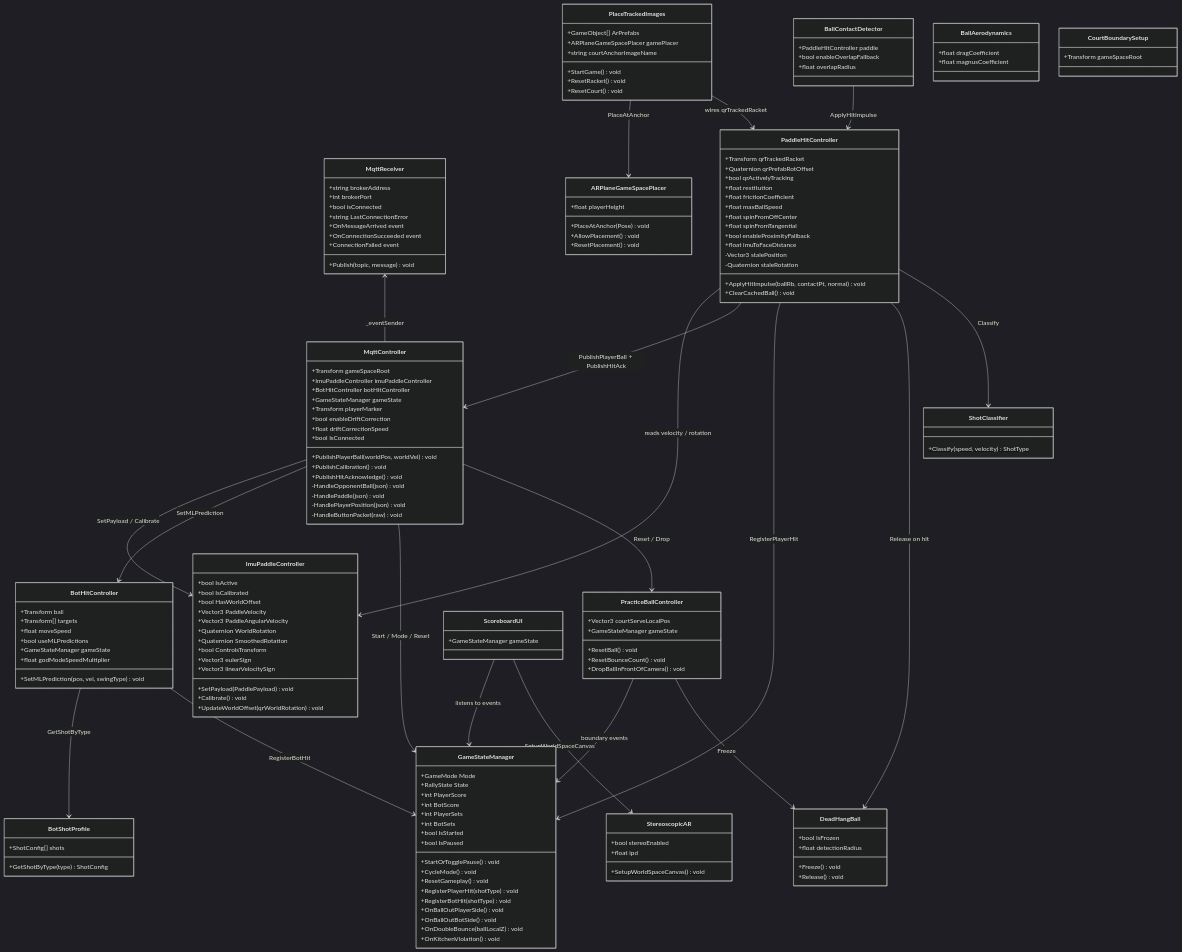
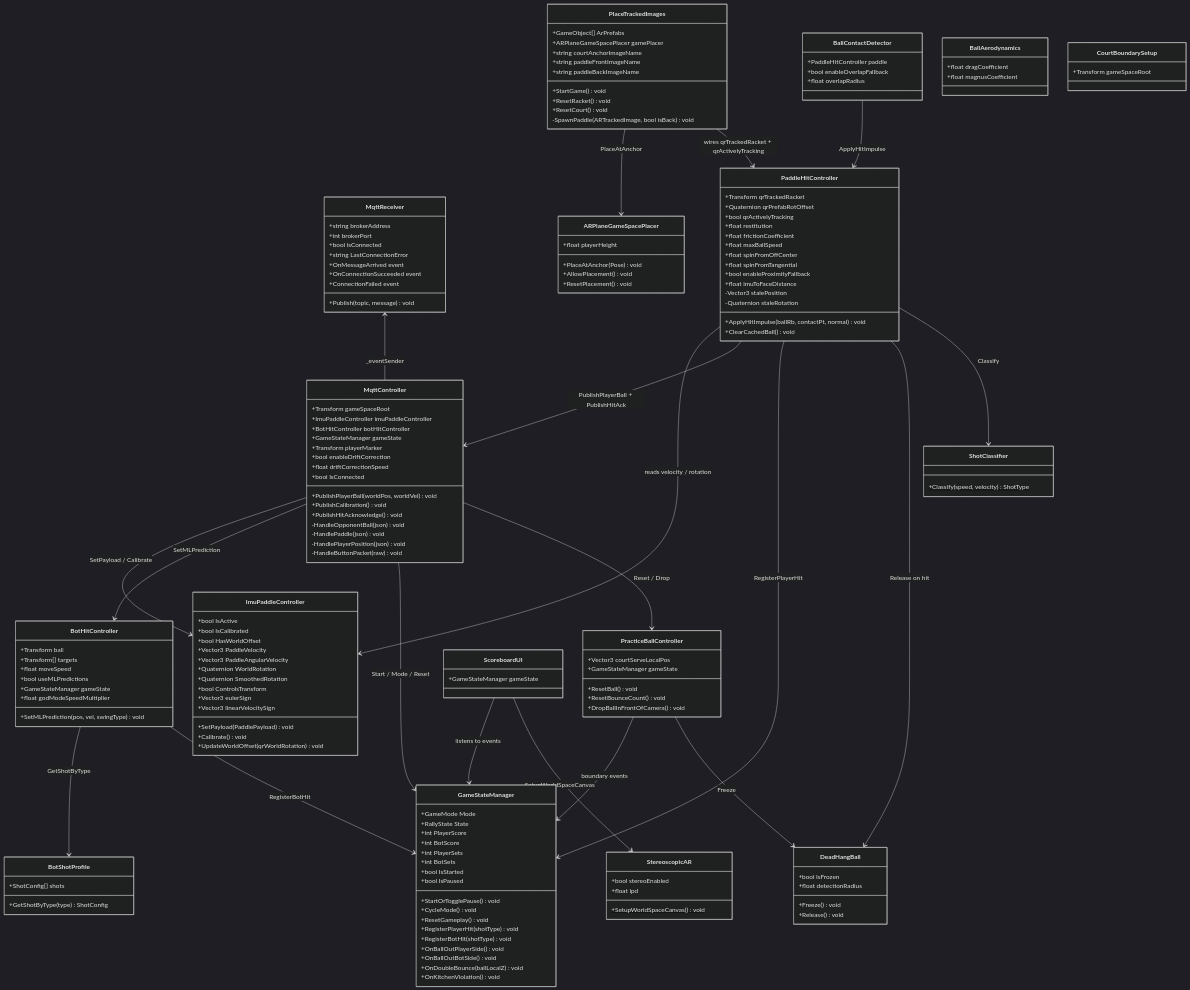
The first of 11 diagrams in Docs/UML_Diagrams.md (CG4002-AY2526S2-B03/Capstone_AR_Pickleball_Gameplay), drawn with Mermaid (dark theme) before and after one commit. The commit also changed 2 other files, not shown here.

Commit message:
Document dual-sided paddle QR tracking
Update docs to describe dual-sided paddle QR support and related behavior. Changes across Docs/AI_Agent_Reference.md, Docs/System_Architecture.md, and Docs/UML_Diagrams.md add: explanation of front/back reference images, the BackFaceFlip (Quaternion.Euler(0,0,180)) correction applied for the mirrored back QR, spawn logic using a single shared prefab, and that flip-corrected rotation is cached for imu-to-world alignment. Also update paddle control priority notes to mention flip-correction, renumber sections, add a pending on-device test checklist item, and adjust hardware button remapping notes. UML updates add paddleFrontImageName/paddleBackImageName fields and a SpawnPaddle(ARTrackedImage, bool isBack) entry, and document that PlaceTrackedImages wires qrActivelyTracking in addition to qrTrackedRacket. These changes clarify how IMU calibration, stale mode, and QR tracking remain consistent regardless of which paddle face is visible.

```diff
--- a/Docs/UML_Diagrams.md
+++ b/Docs/UML_Diagrams.md
@@ -96,9 +96,12 @@
         +GameObject[] ArPrefabs
         +ARPlaneGameSpacePlacer gamePlacer
         +string courtAnchorImageName
+        +string paddleFrontImageName
+        +string paddleBackImageName
         +StartGame() void
         +ResetRacket() void
         +ResetCourt() void
+        -SpawnPaddle(ARTrackedImage, bool isBack) void
     }
 
     class ARPlaneGameSpacePlacer {
@@ -175,7 +178,7 @@
     MqttController --> PracticeBallController : Reset / Drop
 
     PlaceTrackedImages --> ARPlaneGameSpacePlacer : PlaceAtAnchor
-    PlaceTrackedImages --> PaddleHitController : wires qrTrackedRacket
+    PlaceTrackedImages --> PaddleHitController : wires qrTrackedRacket + qrActivelyTracking
 
     PaddleHitController --> ImuPaddleController : reads velocity / rotation
     PaddleHitController --> MqttController : PublishPlayerBall + PublishHitAck
```
